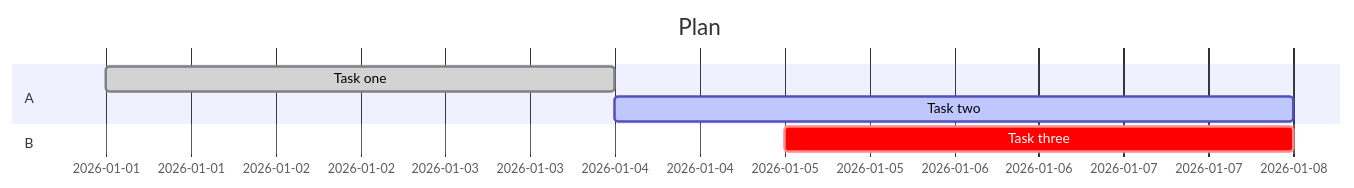
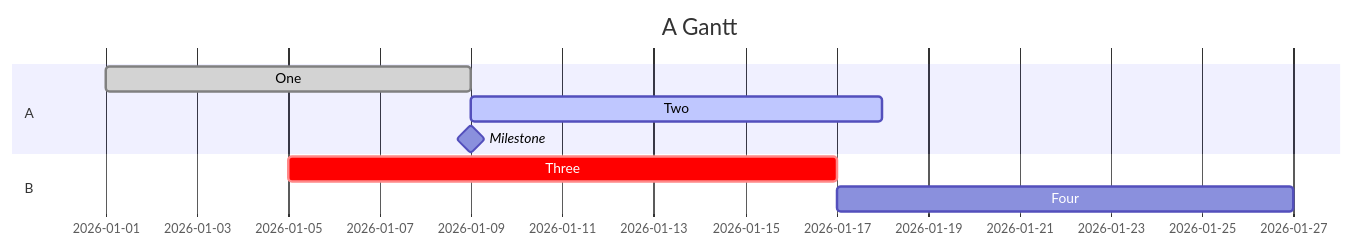
The eighth of 24 diagrams in tests/fixtures/vault/Mermaid.md (shuheykoyama/inkdrop-themes-for-obsidian), drawn with Mermaid before and after one commit. The commit also changed other lines of this file and 17 other files, not shown here.

First line of the commit message:
feat(mermaid): give every diagram type Inkdrop's colours

````diff
--- a/tests/fixtures/vault/Mermaid.md
+++ b/tests/fixtures/vault/Mermaid.md
@@ -90,10 +120,12 @@
 ```mermaid
 gantt
-  title Plan
+  title A Gantt
   dateFormat YYYY-MM-DD
   section A
-  Task one :done, a1, 2026-01-01, 3d
-  Task two :active, a2, after a1, 4d
+  One :done, a1, 2026-01-01, 8d
+  Two :active, a2, after a1, 9d
+  Milestone :milestone, m1, 2026-01-09, 0d
   section B
-  Task three :crit, b1, 2026-01-05, 3d
+  Three :crit, b1, 2026-01-05, 12d
+  Four : b2, after b1, 10d
 ```
````
